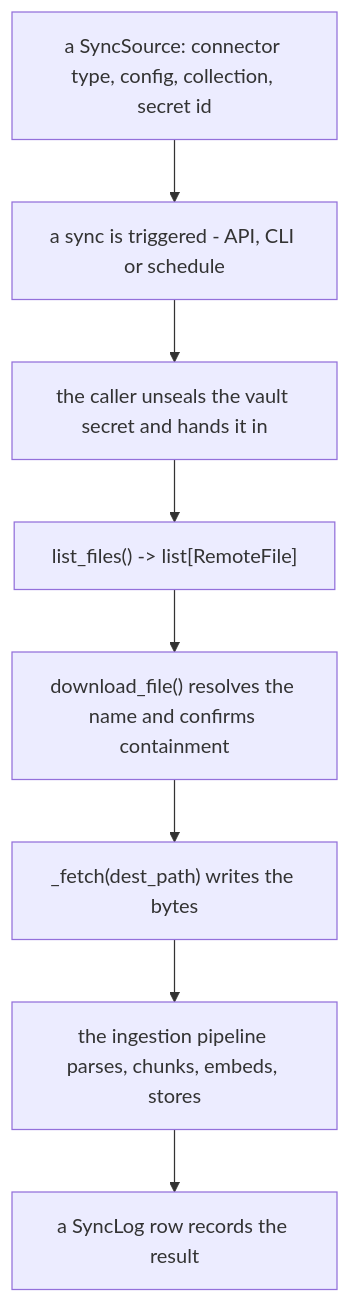
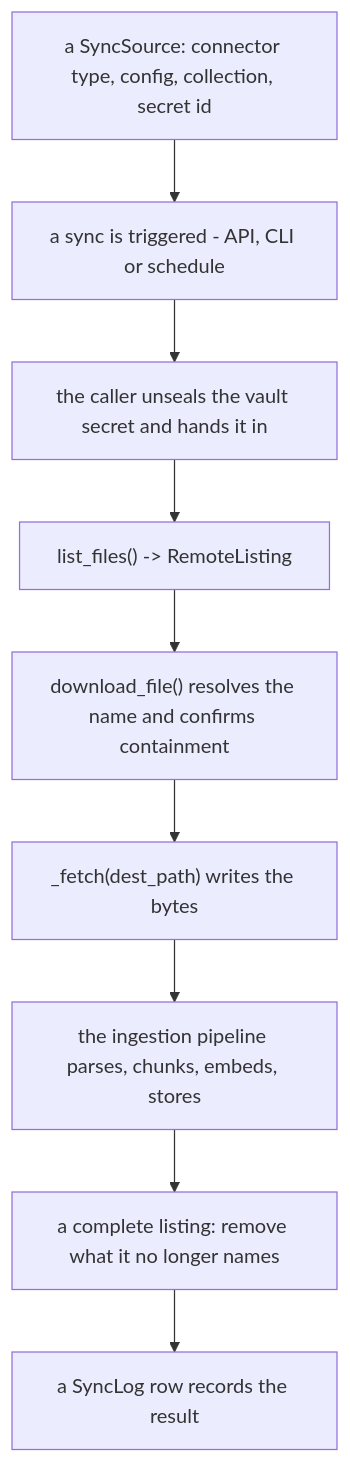
The diagram in docs/howto/add-sync-connector.de.md (Creo-Digital-AS/agenticos), drawn with Mermaid before and after one commit. The commit also changed other lines of this file and 61 other files, not shown here.

````diff
--- a/docs/howto/add-sync-connector.de.md
+++ b/docs/howto/add-sync-connector.de.md
@@ -30,10 +31,11 @@
 ```mermaid
 flowchart TD
     A[a SyncSource: connector type, config, collection, secret id] --> B[a sync is triggered - API, CLI or schedule]
     B --> C["the caller unseals the vault secret and hands it in"]
-    C --> D["list_files() -> list[RemoteFile]"]
+    C --> D["list_files() -> RemoteListing"]
     D --> E["download_file() resolves the name and confirms containment"]
     E --> F["_fetch(dest_path) writes the bytes"]
     F --> G[the ingestion pipeline parses, chunks, embeds, stores]
-    G --> H[a SyncLog row records the result]
+    G --> R["a complete listing: remove what it no longer names"]
+    R --> H[a SyncLog row records the result]
 ```
````
